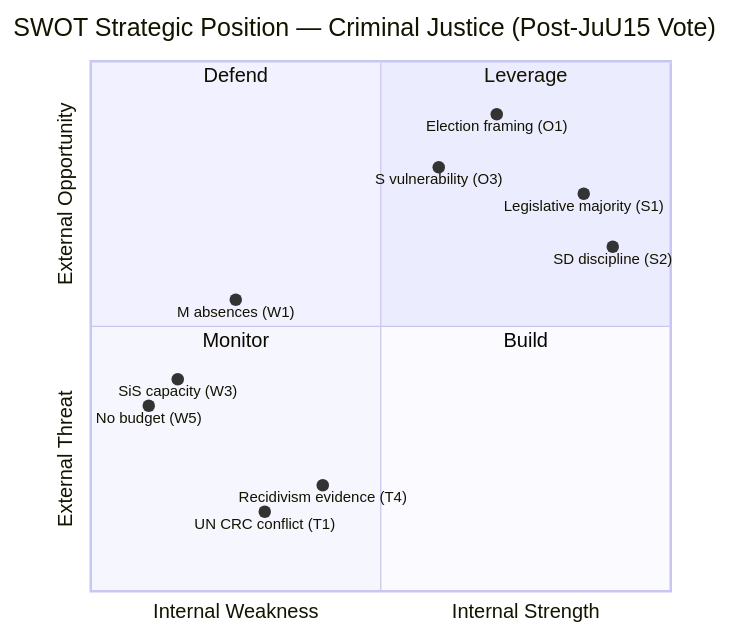
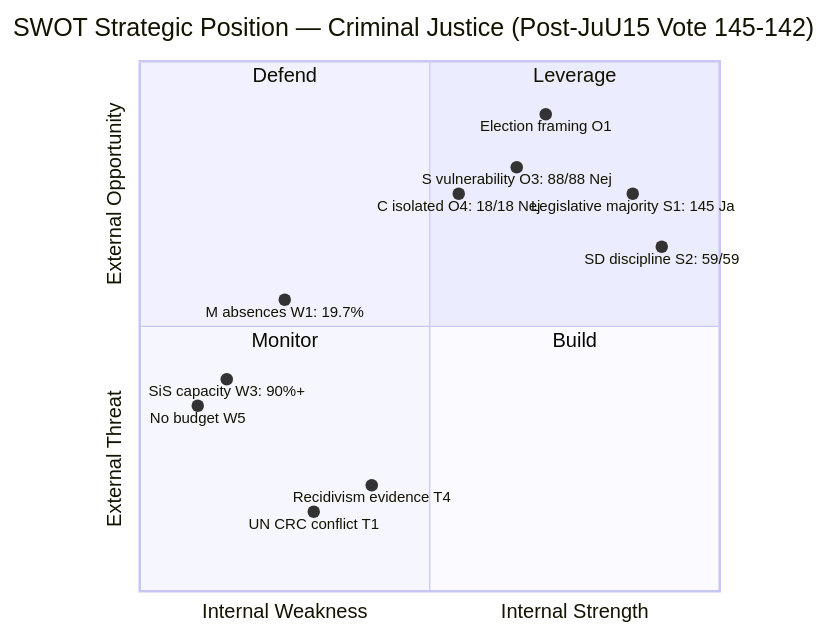
One commit to Hack23/riksdagsmonitor changed the diagram in analysis/daily/2026-04-16/realtime-1244/swot-analysis.md. Above: the diagram before and after it, drawn with Mermaid. The commit also changed other lines of this file and 1 other file, not shown here.

First line of the commit message:
Fix vote data and enhance risk-assessment.md and swot-analysis.md with Mermaid diagrams, TOWS matrix, cascading risk chains per template requirements

````diff
--- a/analysis/daily/2026-04-16/realtime-1244/swot-analysis.md
+++ b/analysis/daily/2026-04-16/realtime-1244/swot-analysis.md
@@ -67,19 +98,20 @@
 ```mermaid
 quadrantChart
-    title SWOT Strategic Position — Criminal Justice (Post-JuU15 Vote)
+    title SWOT Strategic Position — Criminal Justice (Post-JuU15 Vote 145-142)
     x-axis Internal Weakness --> Internal Strength
     y-axis External Threat --> External Opportunity
     quadrant-1 "Leverage"
     quadrant-2 "Defend"
     quadrant-3 "Monitor"
     quadrant-4 "Build"
-    "Legislative majority (S1)": [0.85, 0.75]
-    "SD discipline (S2)": [0.9, 0.65]
-    "Election framing (O1)": [0.7, 0.9]
-    "S vulnerability (O3)": [0.6, 0.8]
-    "UN CRC conflict (T1)": [0.3, 0.15]
-    "SiS capacity (W3)": [0.15, 0.4]
-    "M absences (W1)": [0.25, 0.55]
-    "No budget (W5)": [0.1, 0.35]
-    "Recidivism evidence (T4)": [0.4, 0.2]
+    "Legislative majority S1: 145 Ja": [0.85, 0.75]
+    "SD discipline S2: 59/59": [0.9, 0.65]
+    "Election framing O1": [0.7, 0.9]
+    "S vulnerability O3: 88/88 Nej": [0.65, 0.8]
+    "UN CRC conflict T1": [0.3, 0.15]
+    "SiS capacity W3: 90%+": [0.15, 0.4]
+    "M absences W1: 19.7%": [0.25, 0.55]
+    "No budget W5": [0.1, 0.35]
+    "Recidivism evidence T4": [0.4, 0.2]
+    "C isolated O4: 18/18 Nej": [0.55, 0.75]
 ```
````
